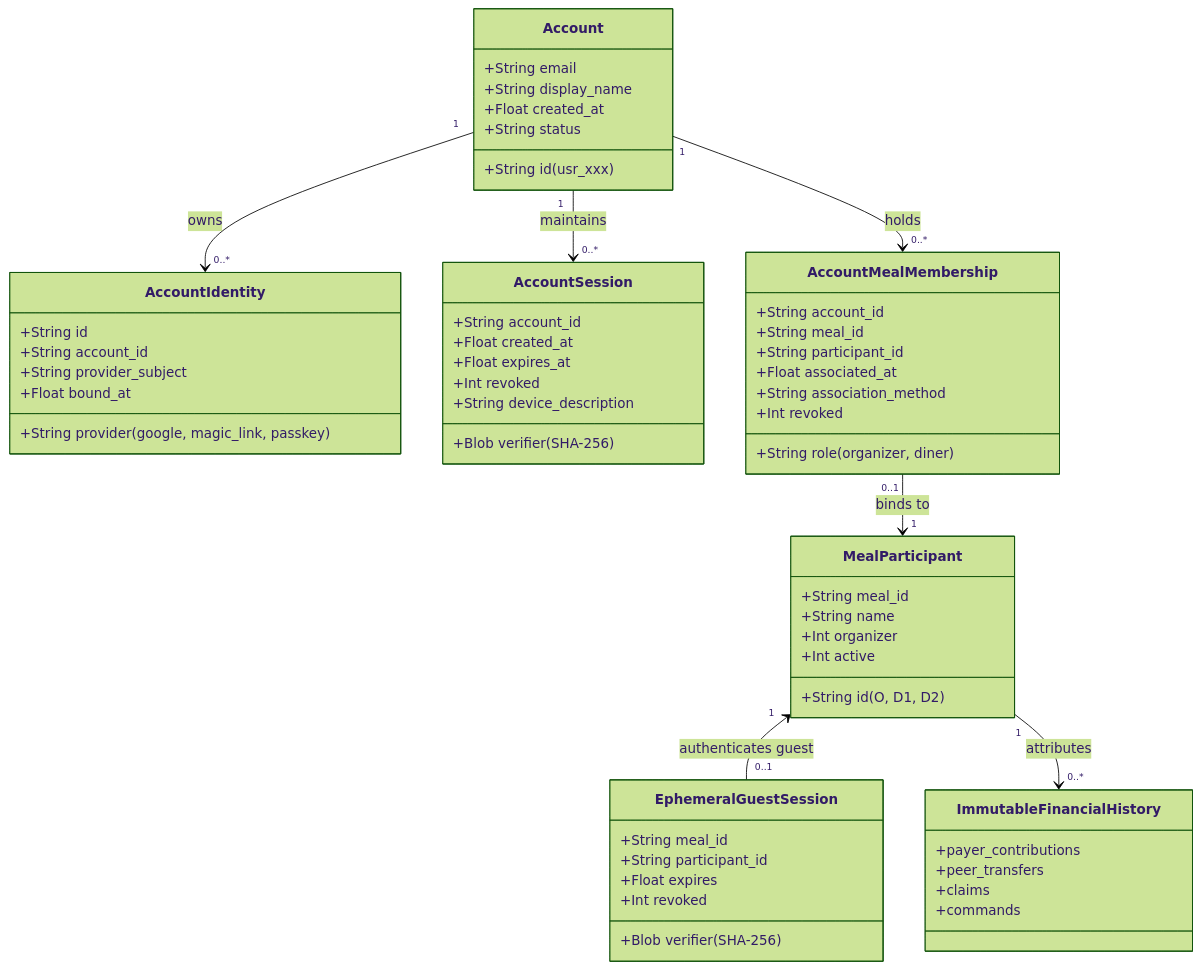
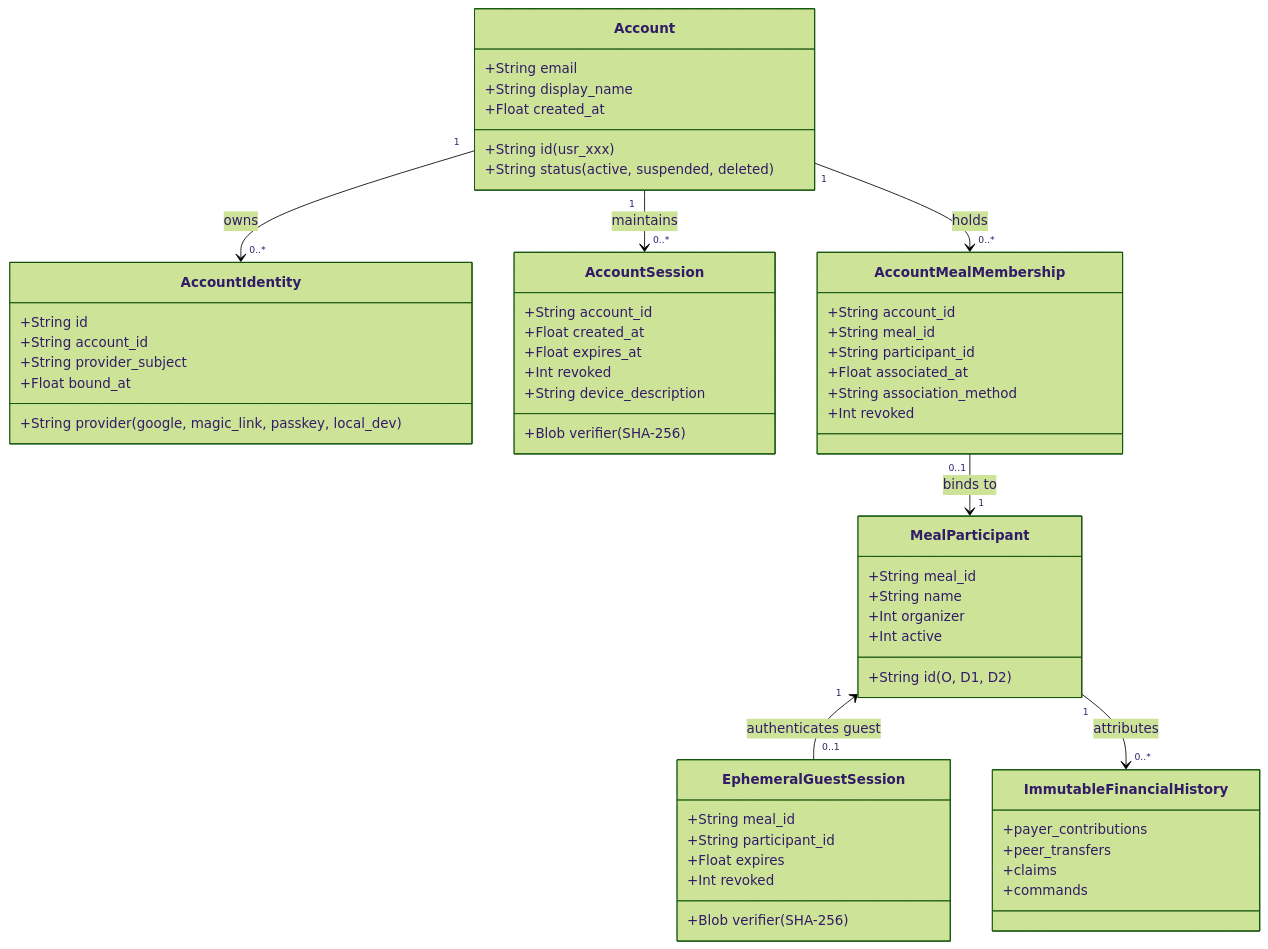
The third of 6 diagrams in docs/plans/ACCOUNT_IDENTITY_AND_MY_MEALS.md (KAIYI7/settle-table), drawn with Mermaid (forest theme) before and after one commit. The commit also changed other lines of this file, not shown here.

Commit message:
docs(plan): refine account identity roadmap with authority seam and conflict rules

````diff
--- a/docs/plans/ACCOUNT_IDENTITY_AND_MY_MEALS.md
+++ b/docs/plans/ACCOUNT_IDENTITY_AND_MY_MEALS.md
@@ -270,61 +269,60 @@
 ```mermaid
 classDiagram
     class Account {
         +String id (usr_xxx)
         +String email
         +String display_name
         +Float created_at
-        +String status
+        +String status (active, suspended, deleted)
     }
     class AccountIdentity {
         +String id
         +String account_id
-        +String provider (google, magic_link, passkey)
+        +String provider (google, magic_link, passkey, local_dev)
         +String provider_subject
         +Float bound_at
     }
     class AccountSession {
         +Blob verifier (SHA-256)
         +String account_id
         +Float created_at
         +Float expires_at
         +Int revoked
         +String device_description
     }
     class AccountMealMembership {
         +String account_id
         +String meal_id
         +String participant_id
-        +String role (organizer, diner)
         +Float associated_at
         +String association_method
         +Int revoked
     }
     class MealParticipant {
         +String meal_id
         +String id (O, D1, D2)
         +String name
         +Int organizer
         +Int active
     }
     class EphemeralGuestSession {
         +Blob verifier (SHA-256)
         +String meal_id
         +String participant_id
         +Float expires
         +Int revoked
     }
     class ImmutableFinancialHistory {
         +payer_contributions
         +peer_transfers
         +claims
         +commands
     }
 
     Account "1" --> "0..*" AccountIdentity : owns
     Account "1" --> "0..*" AccountSession : maintains
     Account "1" --> "0..*" AccountMealMembership : holds
     AccountMealMembership "0..1" --> "1" MealParticipant : binds to
     MealParticipant "1" <-- "0..1" EphemeralGuestSession : authenticates guest
     MealParticipant "1" --> "0..*" ImmutableFinancialHistory : attributes
 ```
````
